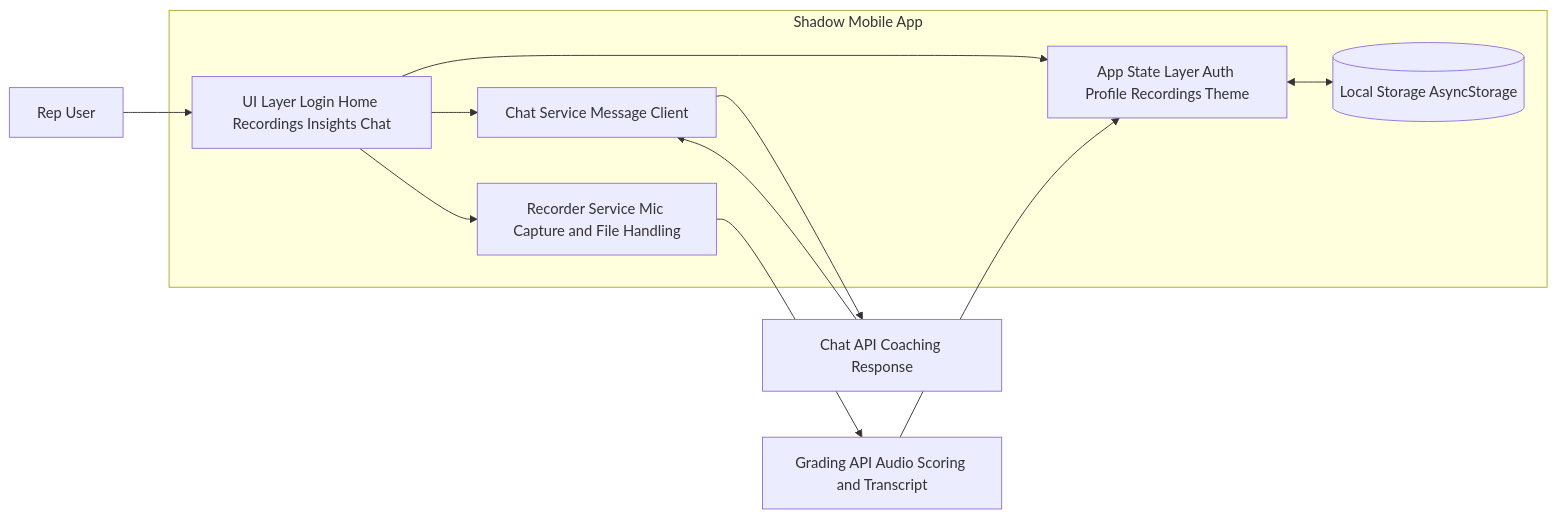
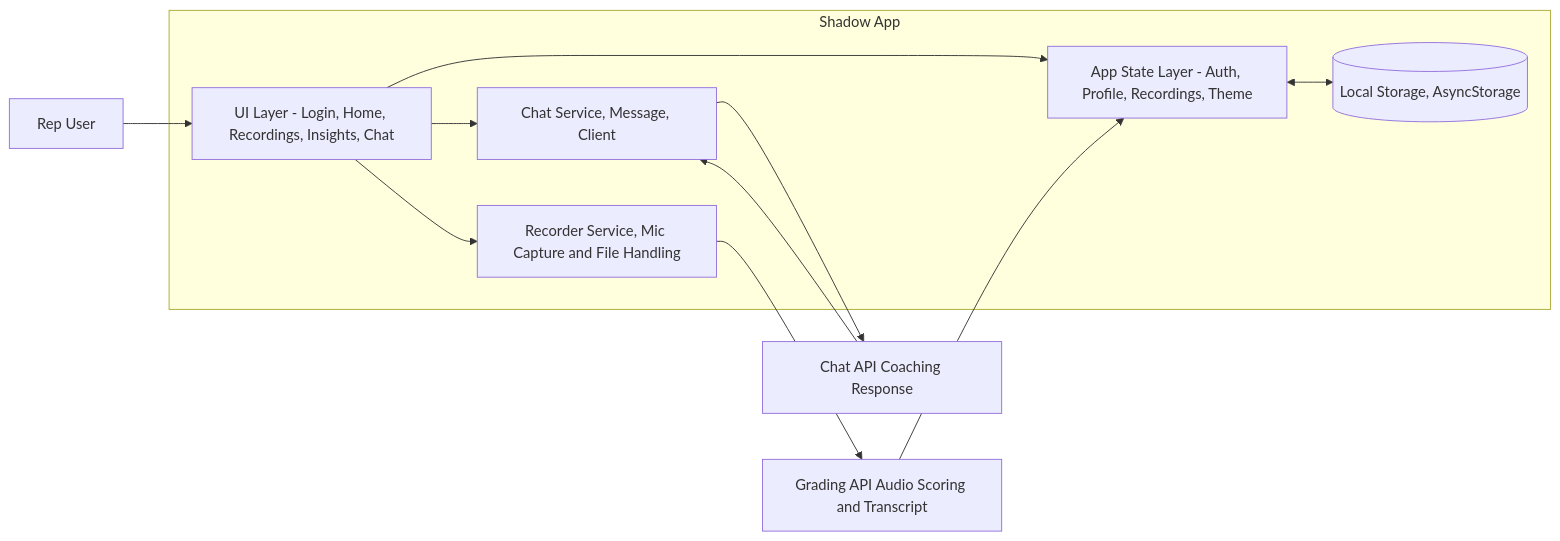
Before and after one commit to d00375828/SeniorProject: the second of 4 diagrams in docs/core-diagrams.md, drawn with Mermaid. The commit also changed other lines of this file, not shown here.

Commit message:
I swear the diagrams are gonna work now

````diff
--- a/docs/core-diagrams.md
+++ b/docs/core-diagrams.md
@@ -37,25 +37,25 @@
 ```mermaid
 flowchart LR
     U[Rep User]
 
-    subgraph APP[Shadow Mobile App]
-      UI[UI Layer Login Home Recordings Insights Chat]
-      STATE[App State Layer Auth Profile Recordings Theme]
-      REC[Recorder Service Mic Capture and File Handling]
-      CHAT[Chat Service Message Client]
-      STORE[(Local Storage AsyncStorage)]
+    subgraph APP[Shadow App]
+      UI[UI Layer - Login, Home, Recordings, Insights, Chat]
+      STATE[App State Layer - Auth, Profile, Recordings, Theme]
+      REC[Recorder Service, Mic Capture and File Handling]
+      CHAT[Chat Service, Message, Client]
+      STORE[(Local Storage, AsyncStorage)]
     end
 
     GRADE[Grading API Audio Scoring and Transcript]
     CHATAPI[Chat API Coaching Response]
 
     U --> UI
     UI --> STATE
     UI --> REC
     UI --> CHAT
     STATE <--> STORE
     REC --> GRADE
     CHAT --> CHATAPI
     GRADE --> STATE
     CHATAPI --> CHAT
 ```
````
